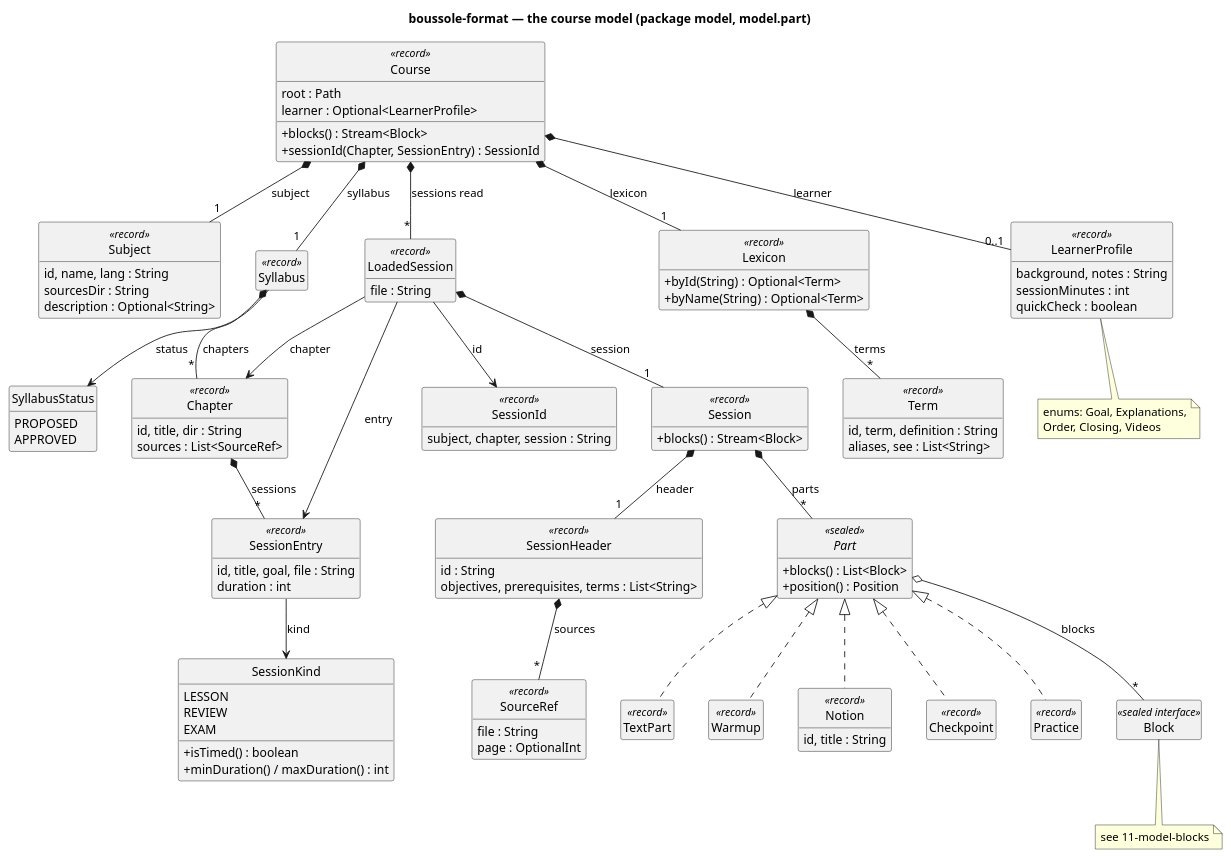
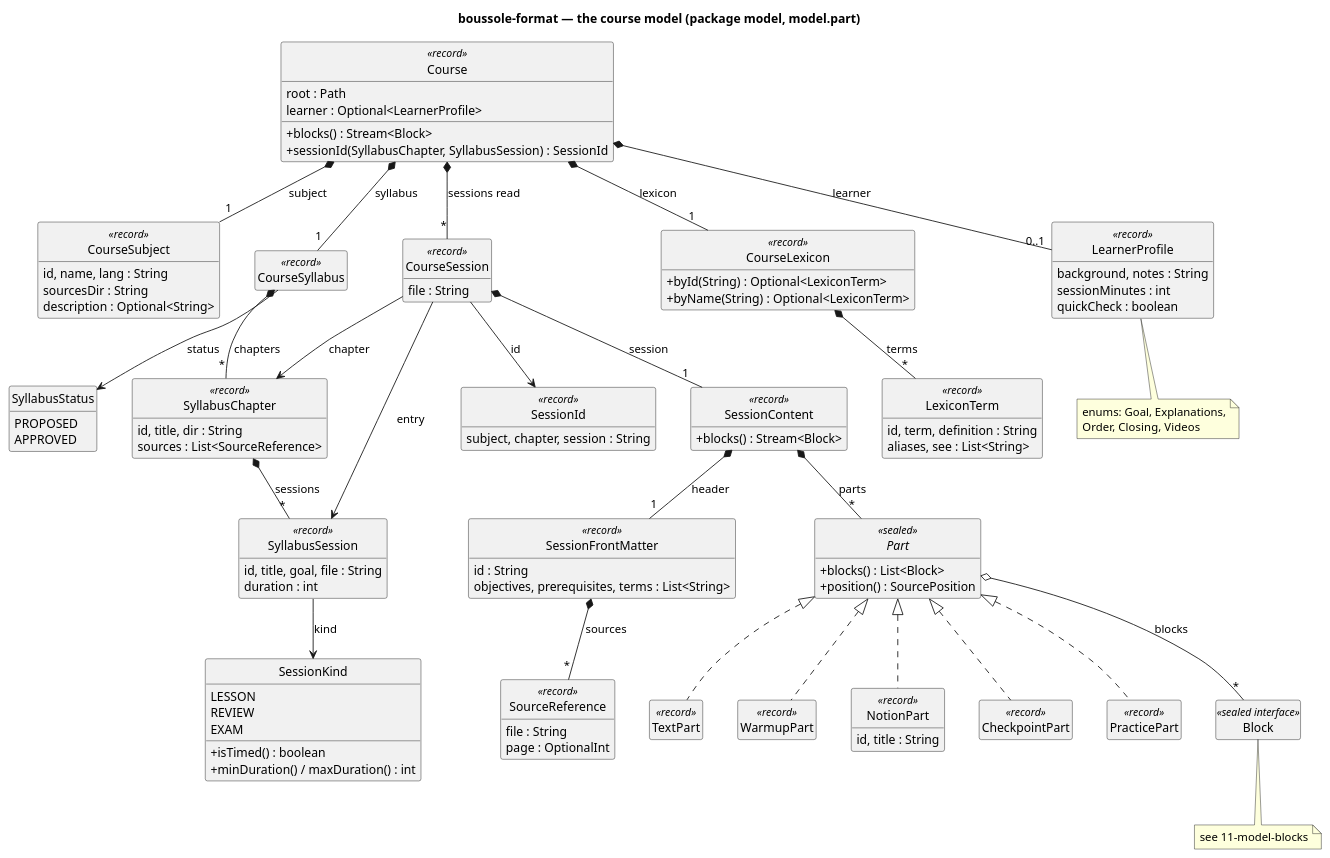
Before and after one commit to lucasssoh/Boussole: the diagram in docs/diagrams/10-model-course.puml, drawn with PlantUML. The commit also changed 213 other files, not shown here.

```diff
--- a/docs/diagrams/10-model-course.puml
+++ b/docs/diagrams/10-model-course.puml
@@ -1,114 +1,114 @@
 @startuml 10-model-course
 skinparam packageStyle rectangle
 skinparam classAttributeIconSize 0
 skinparam nodesep 40
 skinparam ranksep 50
 hide empty members
 hide circle
 title boussole-format — the course model (package model, model.part)
 
 class Course <<record>> {
   root : Path
   learner : Optional<LearnerProfile>
   +blocks() : Stream<Block>
-  +sessionId(Chapter, SessionEntry) : SessionId
+  +sessionId(SyllabusChapter, SyllabusSession) : SessionId
 }
-class Subject <<record>> {
+class CourseSubject <<record>> {
   id, name, lang : String
   sourcesDir : String
   description : Optional<String>
 }
-class Syllabus <<record>>
+class CourseSyllabus <<record>>
 enum SyllabusStatus {
   PROPOSED
   APPROVED
 }
-class Chapter <<record>> {
+class SyllabusChapter <<record>> {
   id, title, dir : String
-  sources : List<SourceRef>
+  sources : List<SourceReference>
 }
-class SessionEntry <<record>> {
+class SyllabusSession <<record>> {
   id, title, goal, file : String
   duration : int
 }
 enum SessionKind {
   LESSON
   REVIEW
   EXAM
   +isTimed() : boolean
   +minDuration() / maxDuration() : int
 }
 class SessionId <<record>> {
   subject, chapter, session : String
 }
-class Lexicon <<record>> {
-  +byId(String) : Optional<Term>
-  +byName(String) : Optional<Term>
+class CourseLexicon <<record>> {
+  +byId(String) : Optional<LexiconTerm>
+  +byName(String) : Optional<LexiconTerm>
 }
-class Term <<record>> {
+class LexiconTerm <<record>> {
   id, term, definition : String
   aliases, see : List<String>
 }
 class LearnerProfile <<record>> {
   background, notes : String
   sessionMinutes : int
   quickCheck : boolean
 }
 note bottom of LearnerProfile
   enums: Goal, Explanations,
   Order, Closing, Videos
 end note
-class LoadedSession <<record>> {
+class CourseSession <<record>> {
   file : String
 }
-class Session <<record>> {
+class SessionContent <<record>> {
   +blocks() : Stream<Block>
 }
-class SessionHeader <<record>> {
+class SessionFrontMatter <<record>> {
   id : String
   objectives, prerequisites, terms : List<String>
 }
-class SourceRef <<record>> {
+class SourceReference <<record>> {
   file : String
   page : OptionalInt
 }
 
 interface Part <<sealed>> {
   +blocks() : List<Block>
-  +position() : Position
+  +position() : SourcePosition
 }
 class TextPart <<record>>
-class Warmup <<record>>
-class Notion <<record>> {
+class WarmupPart <<record>>
+class NotionPart <<record>> {
   id, title : String
 }
-class Checkpoint <<record>>
-class Practice <<record>>
+class CheckpointPart <<record>>
+class PracticePart <<record>>
 
-Course *-- "1" Subject : subject
-Course *-- "1" Syllabus : syllabus
-Course *-- "1" Lexicon : lexicon
+Course *-- "1" CourseSubject : subject
+Course *-- "1" CourseSyllabus : syllabus
+Course *-- "1" CourseLexicon : lexicon
 Course *-- "0..1" LearnerProfile : learner
-Course *-- "*" LoadedSession : sessions read
-Syllabus *-- "*" Chapter : chapters
-Syllabus --> SyllabusStatus : status
-Chapter *-- "*" SessionEntry : sessions
-SessionEntry --> SessionKind : kind
-Lexicon *-- "*" Term : terms
-LoadedSession --> SessionId : id
-LoadedSession --> Chapter : chapter
-LoadedSession --> SessionEntry : entry
-LoadedSession *-- "1" Session : session
-Session *-- "1" SessionHeader : header
-Session *-- "*" Part : parts
-SessionHeader *-- "*" SourceRef : sources
+Course *-- "*" CourseSession : sessions read
+CourseSyllabus *-- "*" SyllabusChapter : chapters
+CourseSyllabus --> SyllabusStatus : status
+SyllabusChapter *-- "*" SyllabusSession : sessions
+SyllabusSession --> SessionKind : kind
+CourseLexicon *-- "*" LexiconTerm : terms
+CourseSession --> SessionId : id
+CourseSession --> SyllabusChapter : chapter
+CourseSession --> SyllabusSession : entry
+CourseSession *-- "1" SessionContent : session
+SessionContent *-- "1" SessionFrontMatter : header
+SessionContent *-- "*" Part : parts
+SessionFrontMatter *-- "*" SourceReference : sources
 Part <|.. TextPart
-Part <|.. Warmup
-Part <|.. Notion
-Part <|.. Checkpoint
-Part <|.. Practice
+Part <|.. WarmupPart
+Part <|.. NotionPart
+Part <|.. CheckpointPart
+Part <|.. PracticePart
 Part o-- "*" Block : blocks
 
 class Block <<sealed interface>>
 note bottom of Block : see 11-model-blocks
 @enduml
```
